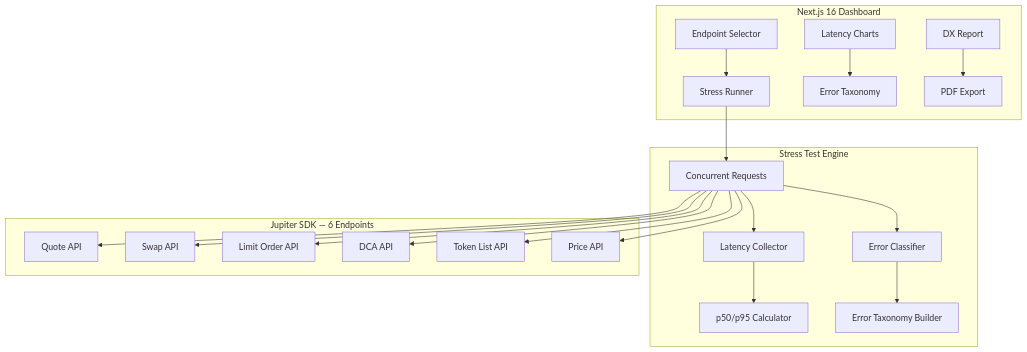
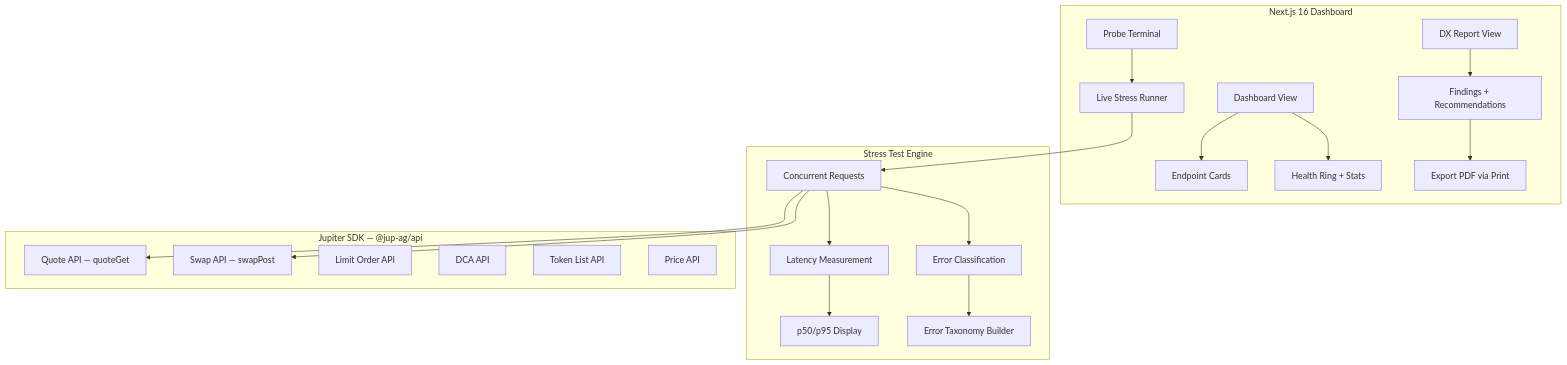
The diagram in docs/ARCHITECTURE.md (edycutjong/juprobe), drawn with Mermaid before and after one commit. The commit also changed other lines of this file and 1 other file, not shown here.

Commit message:
docs: update project documentation to reflect architectural refactoring and current SDK integration features

````diff
--- a/docs/ARCHITECTURE.md
+++ b/docs/ARCHITECTURE.md
@@ -5,25 +5,27 @@
 ```mermaid
 graph TB
     subgraph Frontend["Next.js 16 Dashboard"]
-        A[Endpoint Selector] --> B[Stress Runner]
-        C[Latency Charts] --> D[Error Taxonomy]
-        E[DX Report] --> F[PDF Export]
+        A[Dashboard View] --> B[Endpoint Cards]
+        A --> C[Health Ring + Stats]
+        D[Probe Terminal] --> E[Live Stress Runner]
+        F[DX Report View] --> G[Findings + Recommendations]
+        G --> H[Export PDF via Print]
     end
 
     subgraph Probe["Stress Test Engine"]
-        B --> G[Concurrent Requests]
-        G --> H[Latency Collector]
-        G --> I[Error Classifier]
-        H --> J[p50/p95 Calculator]
-        I --> K[Error Taxonomy Builder]
+        E --> I[Concurrent Requests]
+        I --> J[Latency Measurement]
+        I --> K[Error Classification]
+        J --> L[p50/p95 Display]
+        K --> M[Error Taxonomy Builder]
     end
 
-    subgraph Jupiter["Jupiter SDK — 6 Endpoints"]
-        G --> L[Quote API]
-        G --> M[Swap API]
-        G --> N[Limit Order API]
-        G --> O[DCA API]
-        G --> P[Token List API]
-        G --> Q[Price API]
+    subgraph Jupiter["Jupiter SDK — @jup-ag/api"]
+        I --> N[Quote API — quoteGet]
+        I --> O[Swap API — swapPost]
+        P[Limit Order API]
+        Q[DCA API]
+        R[Token List API]
+        S[Price API]
     end
 ```
````
